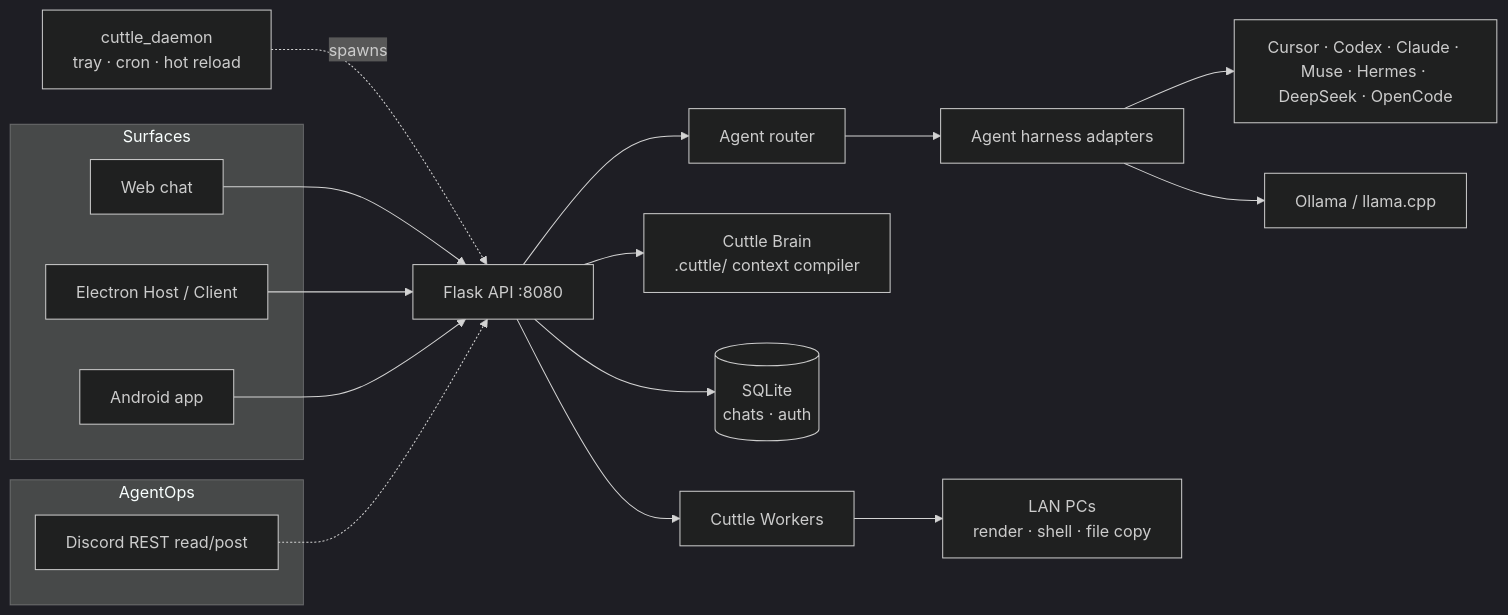
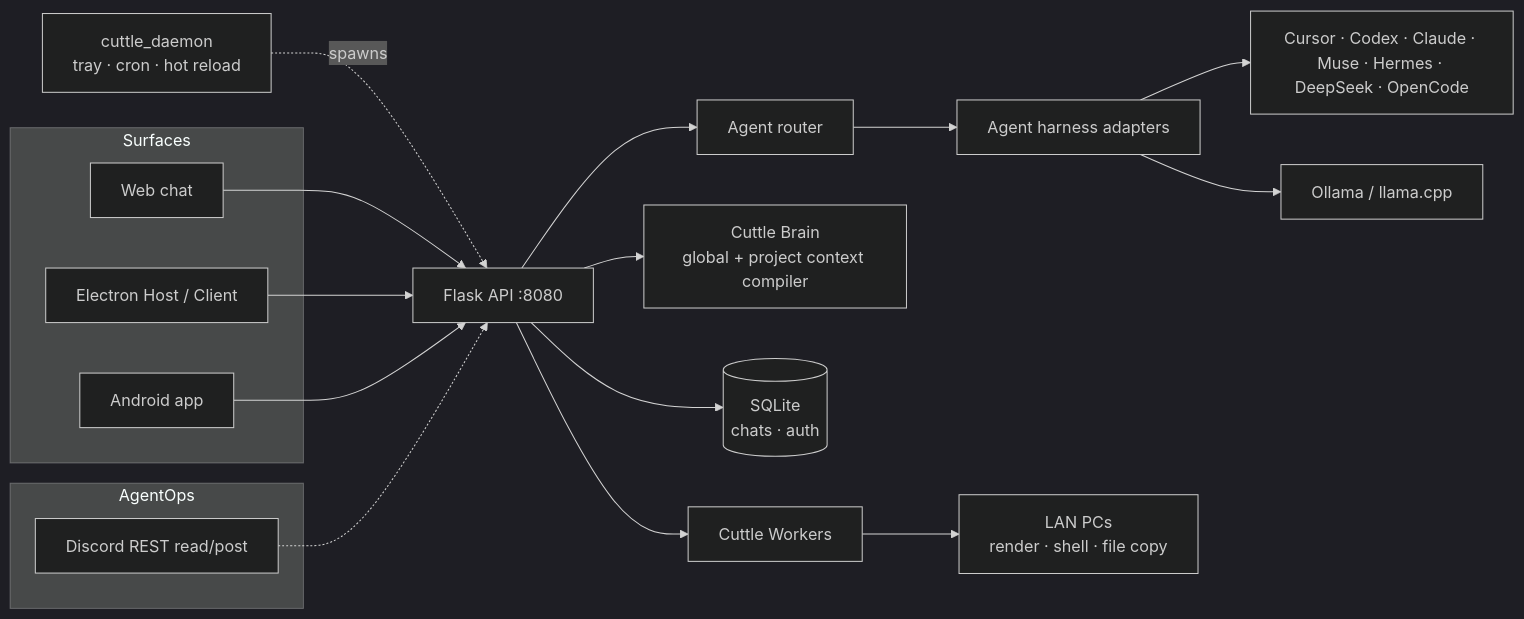
One commit to kidchemical/Cuttle changed the diagram in README.md. Above: the diagram before and after it, drawn with Mermaid (dark theme). The commit also changed other lines of this file and 97 other files, not shown here.

````diff
--- a/README.md
+++ b/README.md
@@ -154,22 +156,22 @@
 ```mermaid
 flowchart LR
   subgraph Surfaces
     Web[Web chat]
     Desk[Electron Host / Client]
     Phone[Android app]
   end
   subgraph AgentOps
     DiscordREST[Discord REST read/post]
   end
   Daemon[cuttle_daemon<br/>tray · cron · hot reload] -. spawns .-> API
   Web & Desk & Phone --> API[Flask API :8080]
   DiscordREST -.-> API
   API --> Router[Agent router]
   Router --> Harness[Agent harness adapters]
   Harness --> CLIs[Cursor · Codex · Claude · Muse · Hermes · DeepSeek · OpenCode]
   Harness --> Local[Ollama / llama.cpp]
-  API --> Brain[Cuttle Brain<br/>.cuttle/ context compiler]
+  API --> Brain[Cuttle Brain<br/>global + project context compiler]
   API --> Store[(SQLite<br/>chats · auth)]
   API --> Workers[Cuttle Workers]
   Workers --> Mesh[LAN PCs<br/>render · shell · file copy]
 ```
````
